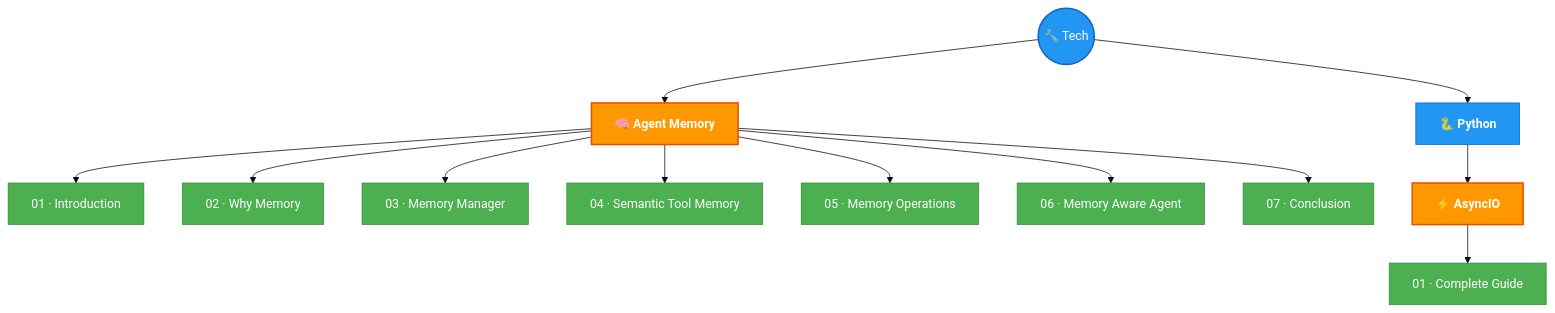
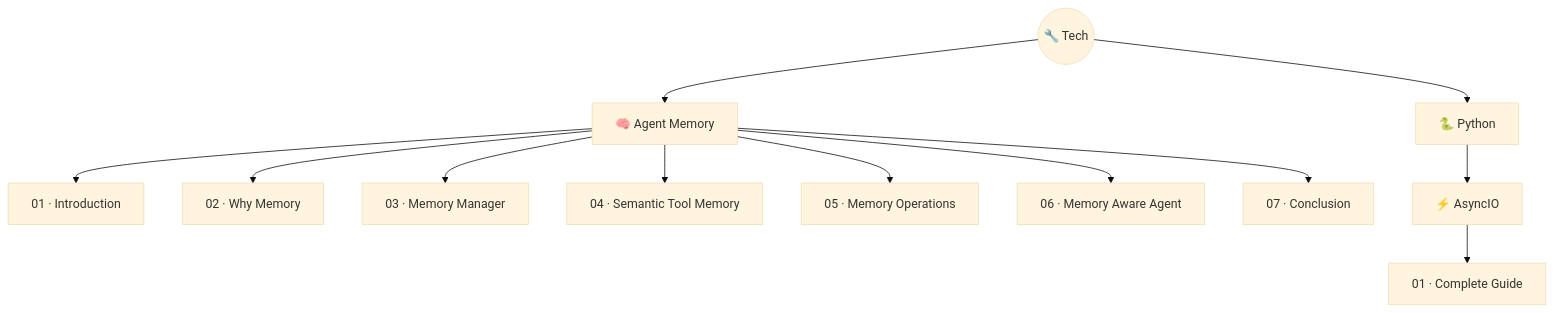
Before and after one commit to AyushSonuu/my-memory: the diagram in _maps/tech.md, drawn with Mermaid (base theme). The commit also changed other lines of this file and 8 other files, not shown here.

Commit message:
🎨 fix: theme-aware mermaid (no custom fills), consistent colors in both modes, clean homepage

````diff
--- a/_maps/tech.md
+++ b/_maps/tech.md
@@ -5,30 +5,17 @@
 ```mermaid
 graph TB
     T(("🔧 Tech"))
-    T --> AM["🧠 <b>Agent Memory</b>"]
-    T --> PY["🐍 <b>Python</b>"]
+    T --> AM["🧠 Agent Memory"]
+    T --> PY["🐍 Python"]
     
-    AM --> AML1["01 · Introduction"]
-    AM --> AML2["02 · Why Memory"]
-    AM --> AML3["03 · Memory Manager"]
-    AM --> AML4["04 · Semantic Tool Memory"]
-    AM --> AML5["05 · Memory Operations"]
-    AM --> AML6["06 · Memory Aware Agent"]
-    AM --> AML7["07 · Conclusion"]
+    AM --> L1["01 · Introduction"]
+    AM --> L2["02 · Why Memory"]
+    AM --> L3["03 · Memory Manager"]
+    AM --> L4["04 · Semantic Tool Memory"]
+    AM --> L5["05 · Memory Operations"]
+    AM --> L6["06 · Memory Aware Agent"]
+    AM --> L7["07 · Conclusion"]
 
-    PY --> AIO["⚡ <b>AsyncIO</b>"]
+    PY --> AIO["⚡ AsyncIO"]
     AIO --> AIOL1["01 · Complete Guide"]
-
-    style T fill:#2196f3,color:#fff,stroke:#1565c0,stroke-width:2px
-    style AM fill:#ff9800,color:#fff,stroke:#e65100,stroke-width:2px
-    style PY fill:#2196f3,color:#fff,stroke:#1565c0
-    style AIO fill:#ff9800,color:#fff,stroke:#e65100,stroke-width:2px
-    style AML1 fill:#4caf50,color:#fff,stroke:#388e3c
-    style AML2 fill:#4caf50,color:#fff,stroke:#388e3c
-    style AML3 fill:#4caf50,color:#fff,stroke:#388e3c
-    style AML4 fill:#4caf50,color:#fff,stroke:#388e3c
-    style AML5 fill:#4caf50,color:#fff,stroke:#388e3c
-    style AML6 fill:#4caf50,color:#fff,stroke:#388e3c
-    style AML7 fill:#4caf50,color:#fff,stroke:#388e3c
-    style AIOL1 fill:#4caf50,color:#fff,stroke:#388e3c
 ```
````
